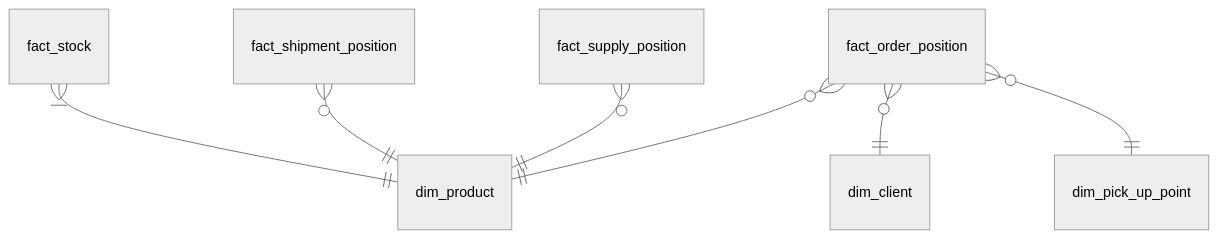
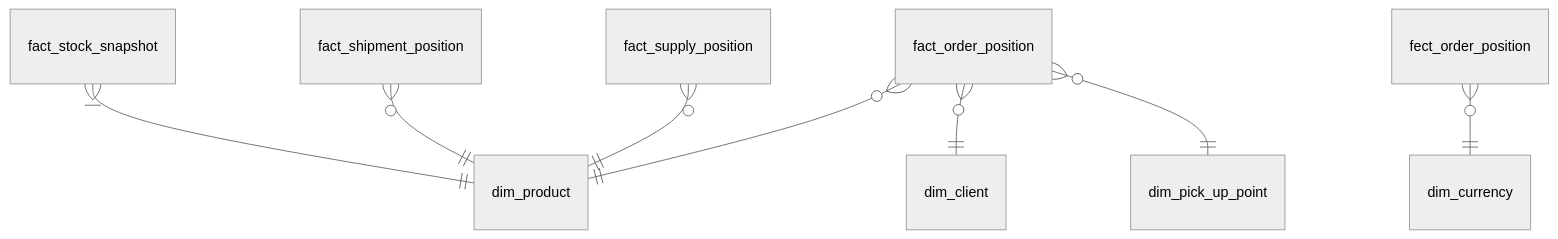
Before and after one commit to vgorbikov/dq-practice: the first of 9 diagrams in docs/db_schema/Базовые ввитрины.md, drawn with Mermaid (neutral theme). The commit also changed other lines of this file and 3 other files, not shown here.

````diff
--- a/docs/db_schema/Базовые ввитрины.md
+++ b/docs/db_schema/Базовые ввитрины.md
@@ -24,11 +27,12 @@
 ```mermaid
 erDiagram
 
 fact_order_position }o--|| dim_product : ""
 fact_order_position }o--|| dim_client : ""
 fact_order_position }o--|| dim_pick_up_point : ""
+fect_order_position }o--|| dim_currency : ""
 
 fact_supply_position }o--|| dim_product : ""
 fact_shipment_position }o--|| dim_product : ""
-fact_stock }|--|| dim_product : ""
+fact_stock_snapshot }|--|| dim_product : ""
 ```
````
